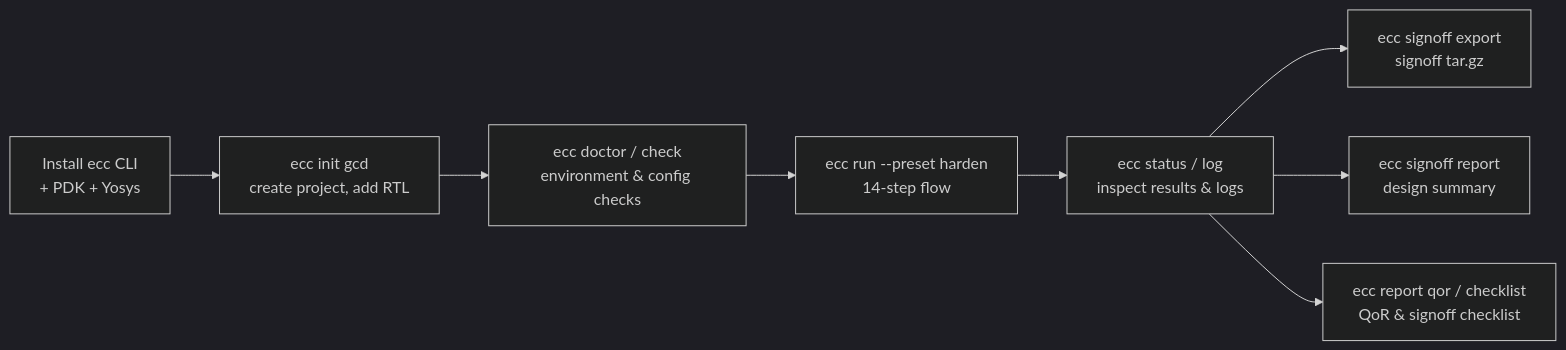
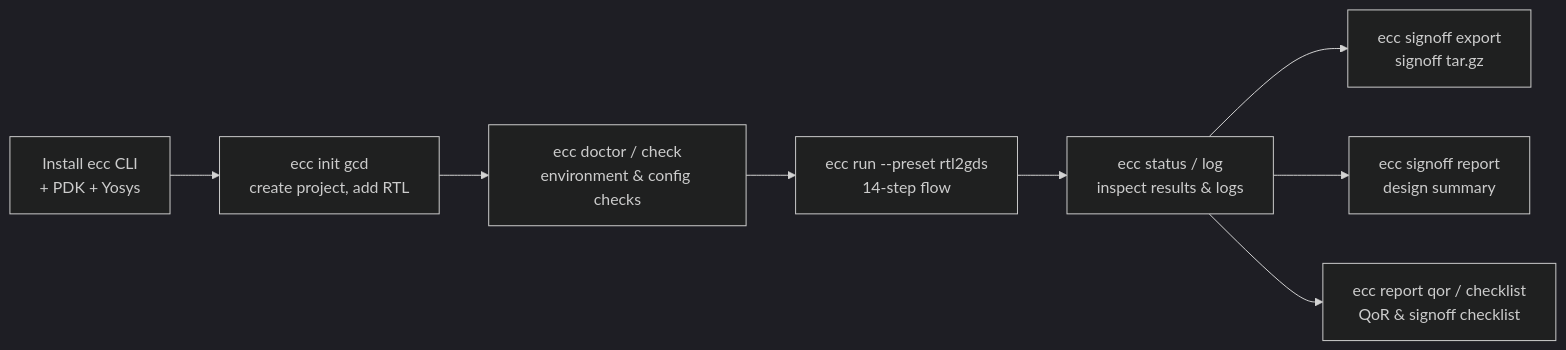
One commit to openecos-projects/ecc changed the first of 2 diagrams in docs/ecc-cli-tutorial.en.md. Above: the diagram before and after it, drawn with Mermaid (dark theme). The commit also changed other lines of this file and 33 other files, not shown here.

````diff
--- a/docs/ecc-cli-tutorial.en.md
+++ b/docs/ecc-cli-tutorial.en.md
@@ -15,10 +15,10 @@
 ```mermaid
 graph LR
     A[Install ecc CLI<br/>+ PDK + Yosys] --> B[ecc init gcd<br/>create project, add RTL]
     B --> C[ecc doctor / check<br/>environment & config checks]
-    C --> D[ecc run --preset harden<br/>14-step flow]
+    C --> D[ecc run --preset rtl2gds<br/>14-step flow]
     D --> E[ecc status / log<br/>inspect results & logs]
     E --> F[ecc signoff export<br/>signoff tar.gz]
     E --> G[ecc signoff report<br/>design summary]
     E --> H[ecc report qor / checklist<br/>QoR & signoff checklist]
 ```
````
